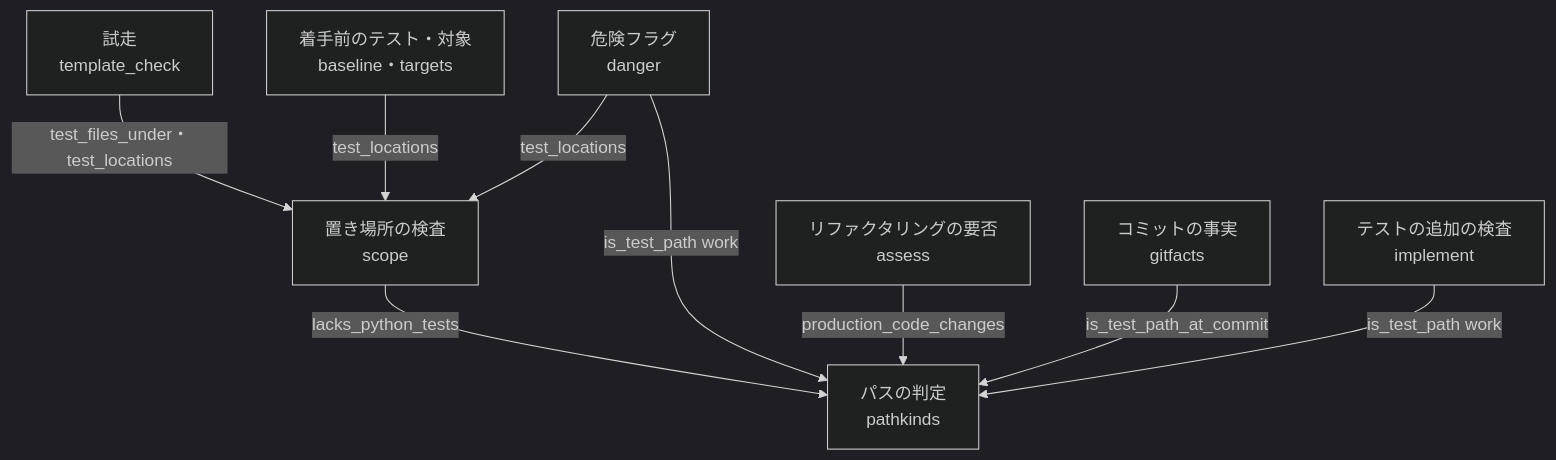
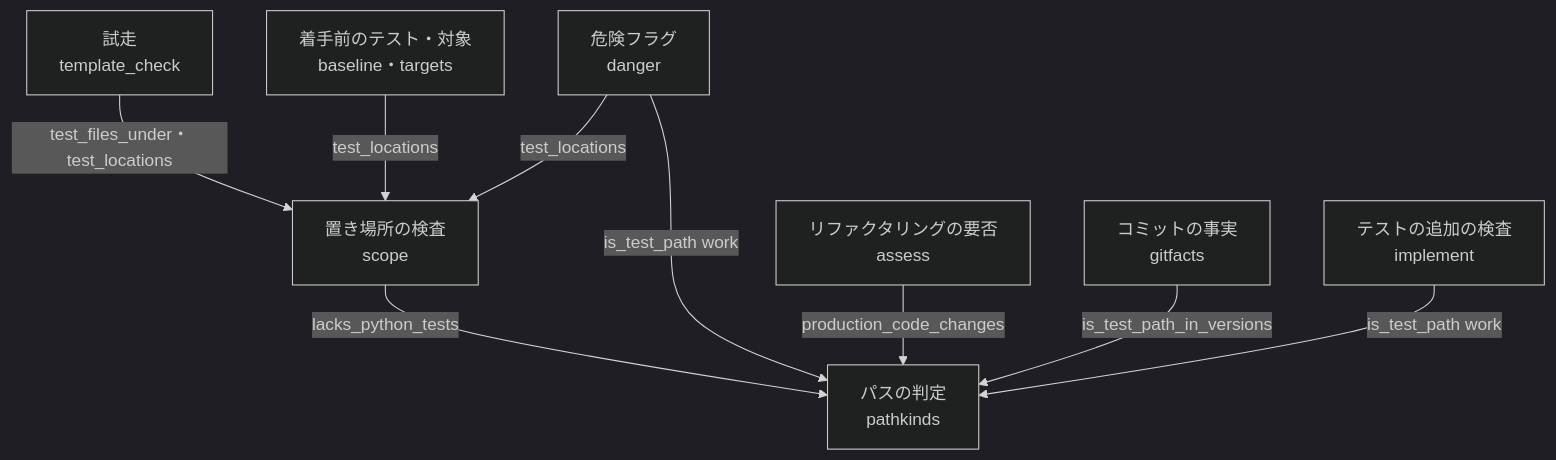
The first of 3 diagrams in issues/issue-2516-design.md (devbasex/ai-plugins), drawn with Mermaid (dark theme) before and after one commit. The commit also changed other lines of this file, not shown here.

````diff
--- a/issues/issue-2516-design.md
+++ b/issues/issue-2516-design.md
@@ -97,19 +97,19 @@
 ```mermaid
 graph TD
     PK[パスの判定<br/>pathkinds]
     SC[置き場所の検査<br/>scope]
     TC[試走<br/>template_check]
     BL[着手前のテスト・対象<br/>baseline・targets]
     DG[危険フラグ<br/>danger]
     AS[リファクタリングの要否<br/>assess]
     GF[コミットの事実<br/>gitfacts]
     IM[テストの追加の検査<br/>implement]
     SC -->|lacks_python_tests| PK
     TC -->|test_files_under・test_locations| SC
     BL -->|test_locations| SC
     DG -->|test_locations| SC
     DG -->|is_test_path work| PK
     AS -->|production_code_changes| PK
-    GF -->|is_test_path_at_commit| PK
+    GF -->|is_test_path_in_versions| PK
     IM -->|is_test_path work| PK
 ```
````
